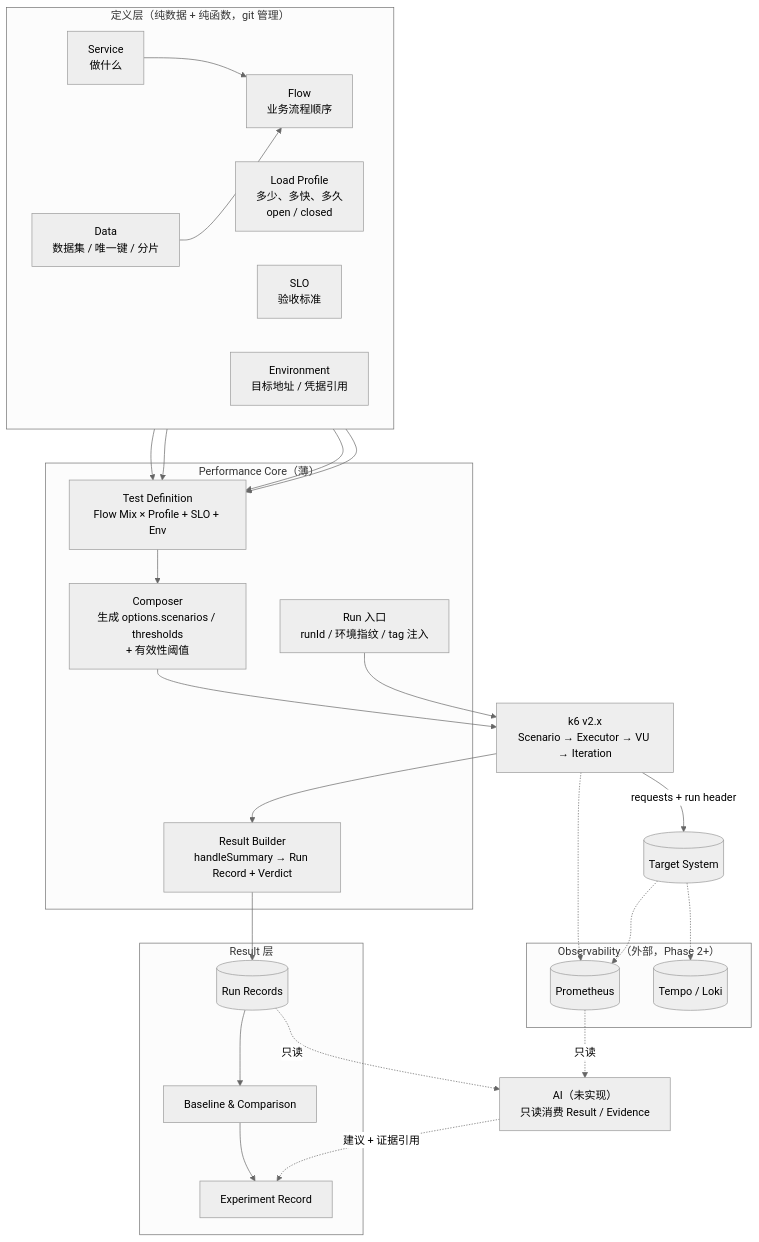
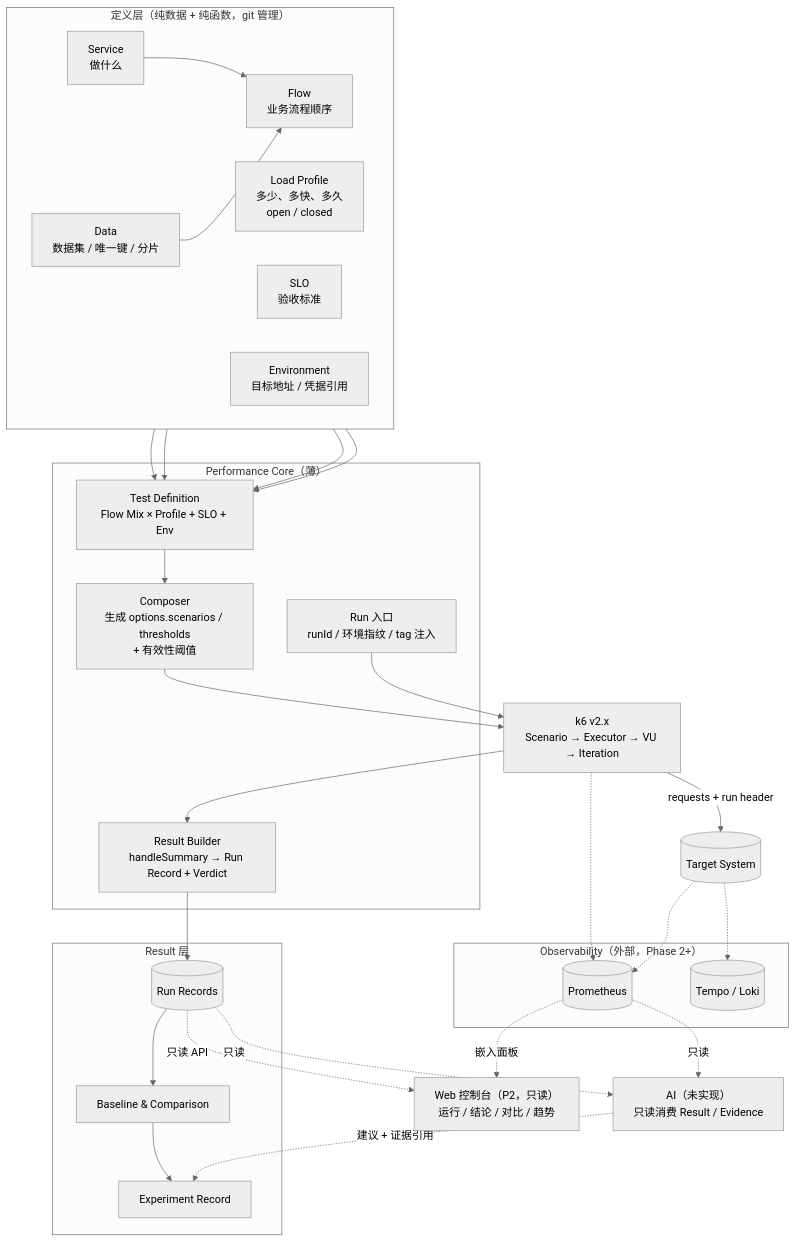
The first of 10 diagrams in docs/ARCHITECTURE.md (Leibiner/AI-Performance-Engineering), drawn with Mermaid (neutral theme) before and after one commit. The commit also changed other lines of this file and 5 other files, not shown here.

````diff
--- a/docs/ARCHITECTURE.md
+++ b/docs/ARCHITECTURE.md
@@ -70,50 +75,53 @@
 ```mermaid
 flowchart TB
     subgraph DEF["定义层（纯数据 + 纯函数，git 管理）"]
         direction LR
         SVC[Service<br/>做什么]
         FLOW[Flow<br/>业务流程顺序]
         DATA[Data<br/>数据集 / 唯一键 / 分片]
         PROF[Load Profile<br/>多少、多快、多久<br/>open / closed]
         SLO[SLO<br/>验收标准]
         ENV[Environment<br/>目标地址 / 凭据引用]
     end
 
     subgraph CORE["Performance Core（薄）"]
         TEST[Test Definition<br/>Flow Mix × Profile + SLO + Env]
         COMP[Composer<br/>生成 options.scenarios / thresholds<br/>+ 有效性阈值]
         RUNNER[Run 入口<br/>runId / 环境指纹 / tag 注入]
         SUM[Result Builder<br/>handleSummary → Run Record + Verdict]
     end
 
     K6[k6 v2.x<br/>Scenario → Executor → VU → Iteration]
     SUT[(Target System)]
 
     subgraph OBS["Observability（外部，Phase 2+）"]
         PROM[(Prometheus)]
         TR[(Tempo / Loki)]
     end
 
     subgraph RES["Result 层"]
         REC[(Run Records)]
         BASE[Baseline & Comparison]
         EXP[Experiment Record]
     end
 
     AIX[AI（未实现）<br/>只读消费 Result / Evidence]
+    WEB[Web 控制台（P2，只读）<br/>运行 / 结论 / 对比 / 趋势]
 
     SVC --> FLOW
     DATA --> FLOW
     FLOW & PROF & SLO & ENV --> TEST
     TEST --> COMP --> K6
     RUNNER --> K6
     K6 -->|requests + run header| SUT
     K6 --> SUM --> REC
     K6 -.-> PROM
     SUT -.-> PROM
     SUT -.-> TR
     REC --> BASE --> EXP
+    REC -.只读 API.-> WEB
+    PROM -.嵌入面板.-> WEB
     REC -.只读.-> AIX
     PROM -.只读.-> AIX
     AIX -.建议 + 证据引用.-> EXP
 ```
````
